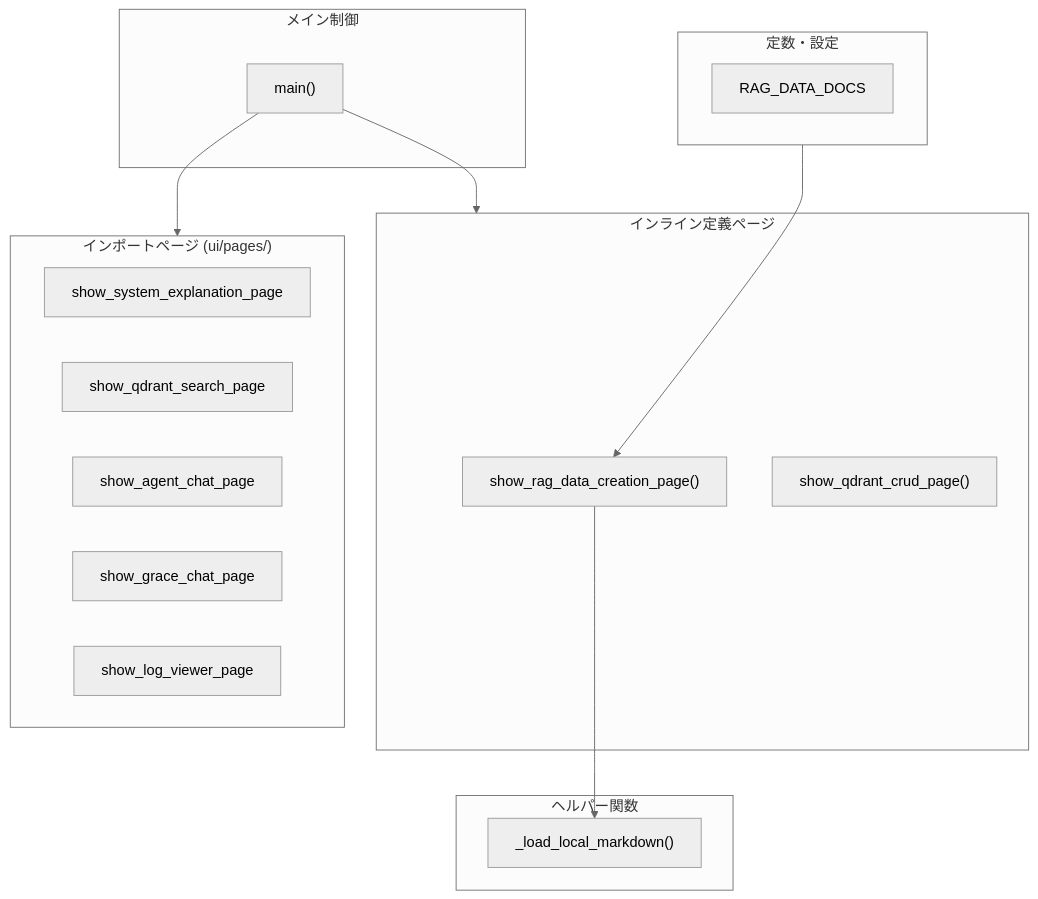
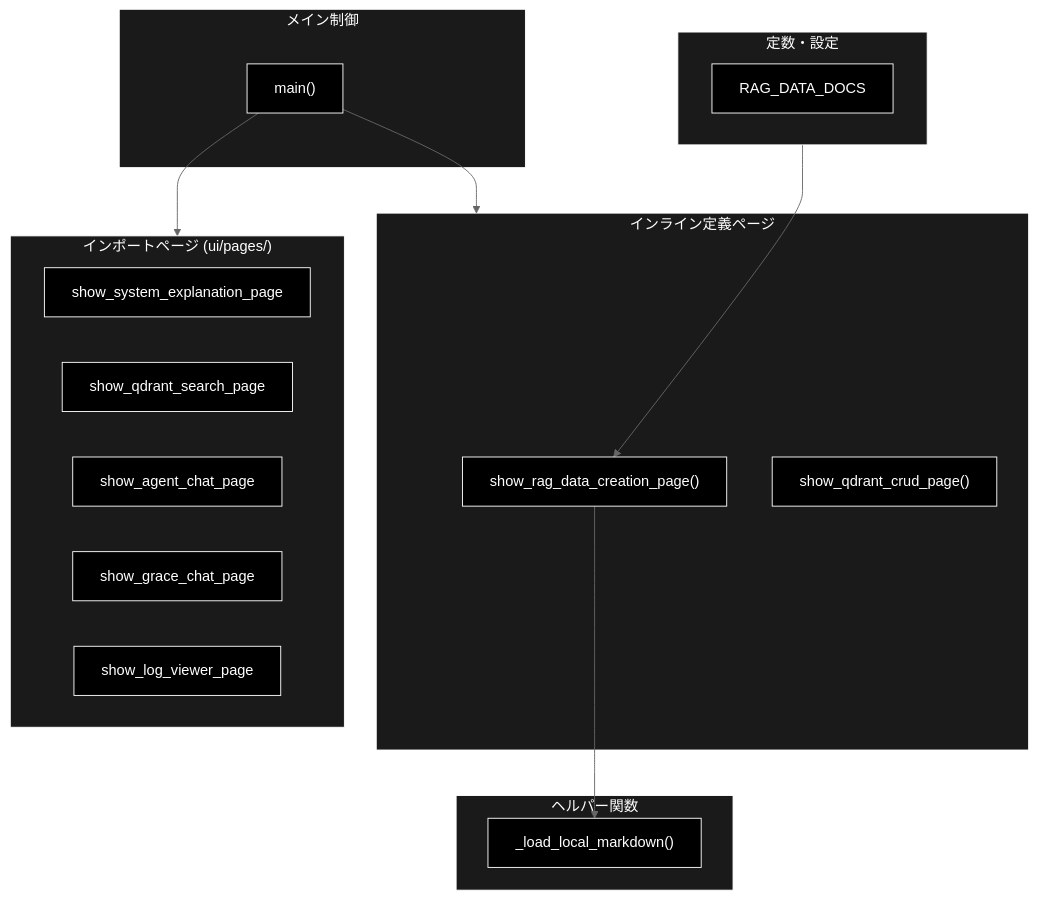
The second of 3 diagrams in docs/agent_rag.md (nakashima2toshio/anthropic_grace_agent_v2), drawn with Mermaid (neutral theme) before and after one commit. The commit also changed other lines of this file and 18 other files, not shown here.

First line of the commit message:
docs: 最新化・再構築（Anthropic Claude統一・索引整理・Mermaid準拠）

````diff
--- a/docs/agent_rag.md
+++ b/docs/agent_rag.md
@@ -148,32 +156,40 @@
 ```mermaid
 flowchart TB
     subgraph CONST["定数・設定"]
         DOCS["RAG_DATA_DOCS"]
     end
 
     subgraph MAIN_FUNC["メイン制御"]
         MAIN["main()"]
     end
 
     subgraph INLINE_PAGES["インライン定義ページ"]
         RAG_PAGE["show_rag_data_creation_page()"]
         CRUD_PAGE["show_qdrant_crud_page()"]
     end
 
     subgraph HELPER["ヘルパー関数"]
         LOAD_MD["_load_local_markdown()"]
     end
 
     subgraph IMPORTED_PAGES["インポートページ (ui/pages/)"]
         EXPLAIN["show_system_explanation_page"]
         SEARCH["show_qdrant_search_page"]
         AGENT["show_agent_chat_page"]
         GRACE["show_grace_chat_page"]
         LOG["show_log_viewer_page"]
     end
 
     MAIN --> IMPORTED_PAGES
     MAIN --> INLINE_PAGES
     CONST --> RAG_PAGE
     RAG_PAGE --> LOAD_MD
+classDef default fill:#000,stroke:#fff,color:#fff
+classDef subgraphStyle fill:#1a1a1a,stroke:#fff,color:#fff
+class DOCS,MAIN,RAG_PAGE,CRUD_PAGE,LOAD_MD,EXPLAIN,SEARCH,AGENT,GRACE,LOG default
+style CONST fill:#1a1a1a,stroke:#fff,color:#fff
+style MAIN_FUNC fill:#1a1a1a,stroke:#fff,color:#fff
+style INLINE_PAGES fill:#1a1a1a,stroke:#fff,color:#fff
+style HELPER fill:#1a1a1a,stroke:#fff,color:#fff
+style IMPORTED_PAGES fill:#1a1a1a,stroke:#fff,color:#fff
 ```
````
